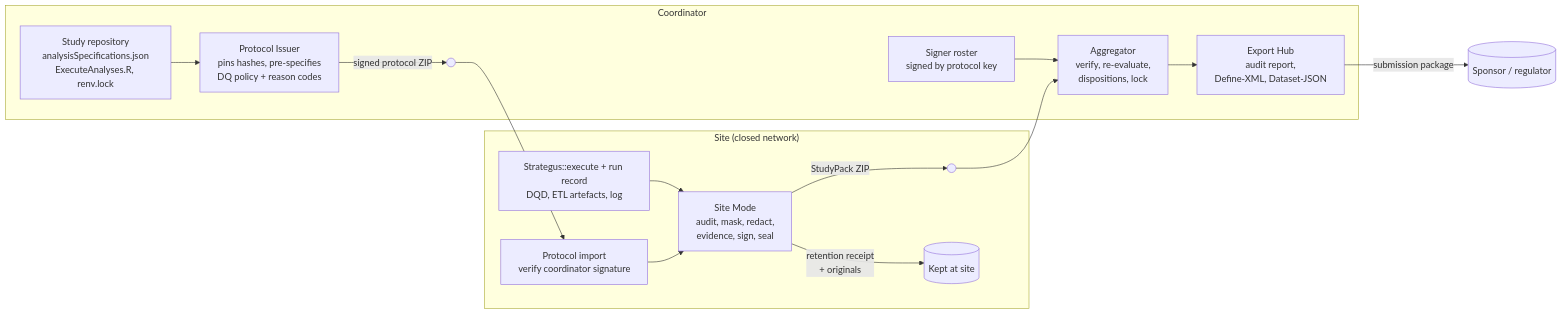
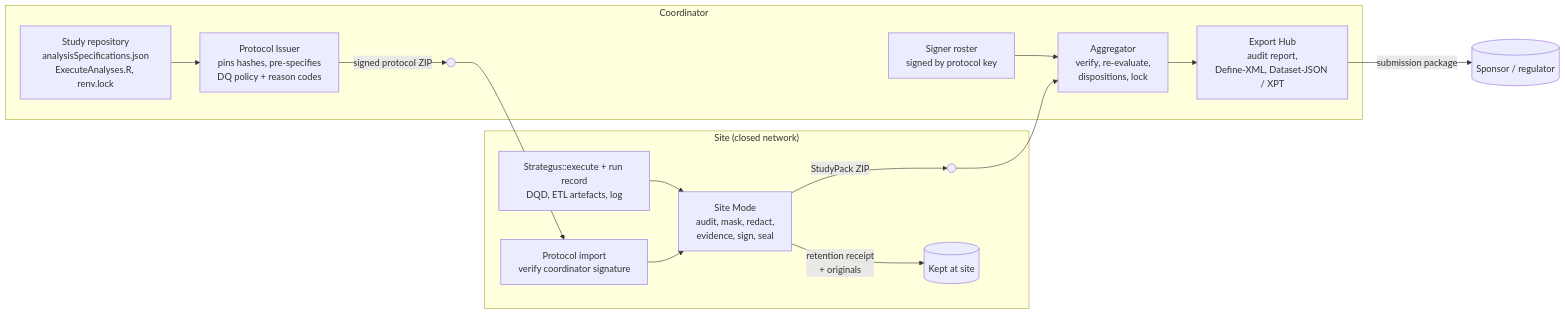
The diagram in docs/regulatory/validation-plan.md (OHDSI/StudyStudio), drawn with Mermaid before and after one commit. The commit also changed other lines of this file and 12 other files, not shown here.

First line of the commit message:
Export the datasets as SAS V5 transport files (XPT)

````diff
--- a/docs/regulatory/validation-plan.md
+++ b/docs/regulatory/validation-plan.md
@@ -48,21 +48,21 @@
 ```mermaid
 flowchart LR
   subgraph Coordinator
     R[Study repository<br/>analysisSpecifications.json<br/>ExecuteAnalyses.R, renv.lock] --> PI[Protocol Issuer<br/>pins hashes, pre-specifies<br/>DQ policy + reason codes]
     PI -->|signed protocol ZIP| X1(( ))
     RO[Signer roster<br/>signed by protocol key]
     AG[Aggregator<br/>verify, re-evaluate,<br/>dispositions, lock]
-    EH[Export Hub<br/>audit report,<br/>Define-XML, Dataset-JSON]
+    EH[Export Hub<br/>audit report,<br/>Define-XML, Dataset-JSON / XPT]
     AG --> EH
     RO --> AG
   end
   subgraph Site["Site (closed network)"]
     X1 --> PR[Protocol import<br/>verify coordinator signature]
     S[Strategus::execute + run record<br/>DQD, ETL artefacts, log] --> SM[Site Mode<br/>audit, mask, redact,<br/>evidence, sign, seal]
     PR --> SM
     SM -->|StudyPack ZIP| X2(( ))
     SM -->|retention receipt<br/>+ originals| K[(Kept at site)]
   end
   X2 --> AG
   EH -->|submission package| SUB[(Sponsor / regulator)]
 ```
````
